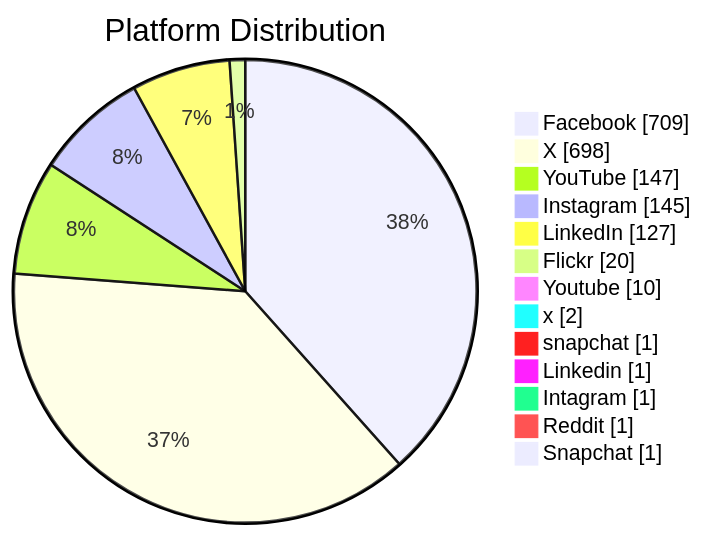
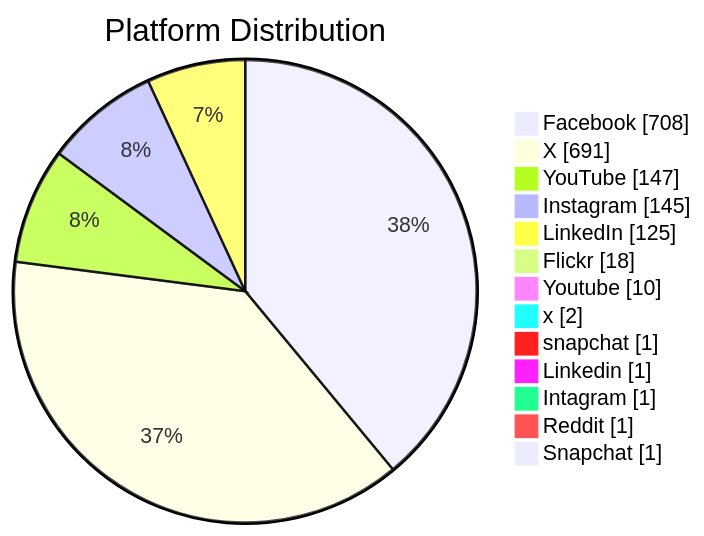
The second of 6 diagrams in README.md (PatLittle/GC-Socials), drawn with Mermaid before and after one commit. The commit also changed other lines of this file, not shown here.

Commit message:
Update README with Platform Distribution pie chart

````diff
--- a/README.md
+++ b/README.md
@@ -47,16 +47,16 @@
 ```mermaid
 pie showData title Platform Distribution
-    "Facebook": 709
-    "X": 698
+    "Facebook": 708
+    "X": 691
     "YouTube": 147
     "Instagram": 145
-    "LinkedIn": 127
-    "Flickr": 20
+    "LinkedIn": 125
+    "Flickr": 18
     "Youtube": 10
     "x": 2
     "snapchat": 1
     "Linkedin": 1
     "Intagram": 1
     "Reddit": 1
     "Snapchat": 1
 ```
````
